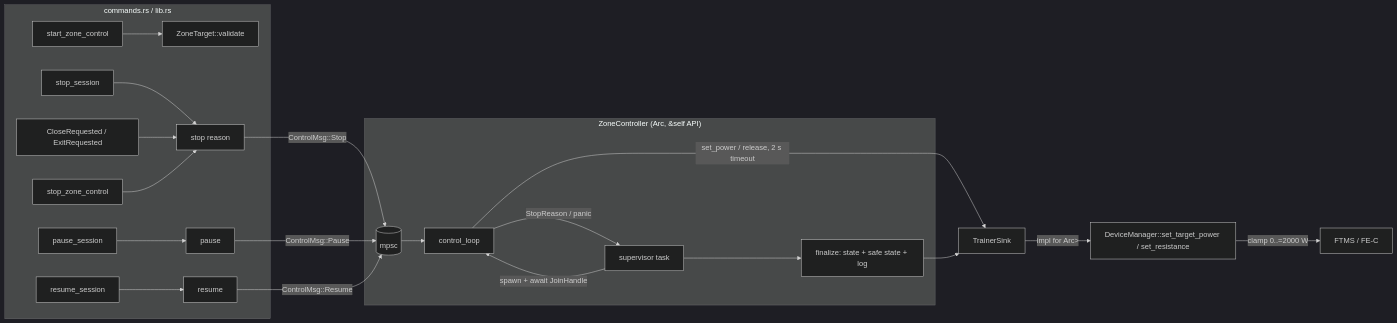
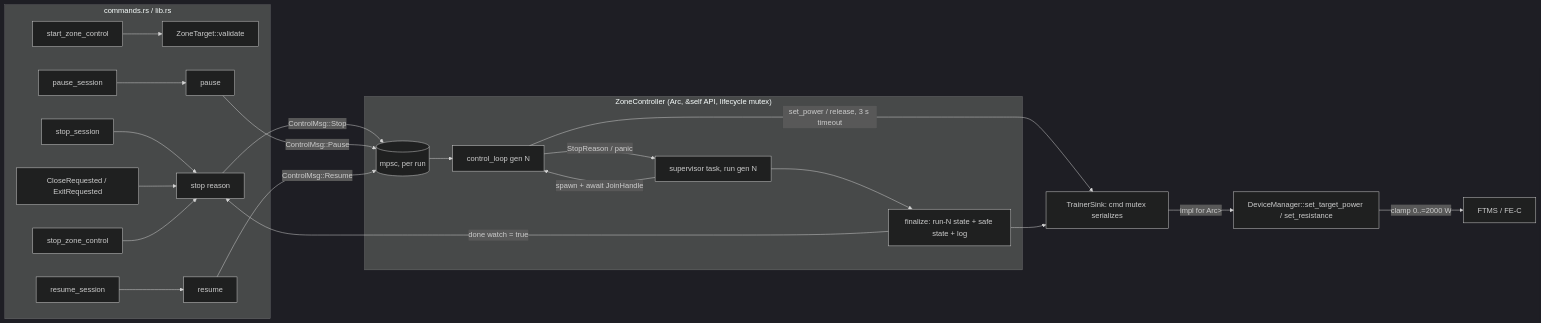
One commit to onemorepereira/training-app changed the diagram in docs/design/zone-control-safety/design.md. Above: the diagram before and after it, drawn with Mermaid (dark theme). The commit also changed other lines of this file, not shown here.

First line of the commit message:
Revise zone control design after review

````diff
--- a/docs/design/zone-control-safety/design.md
+++ b/docs/design/zone-control-safety/design.md
@@ -19,24 +20,25 @@
 ```mermaid
 flowchart LR
   subgraph commands.rs / lib.rs
     SZ[start_zone_control] --> V[ZoneTarget::validate]
     ST[stop_session] --> STOP
     PS[pause_session] --> PAUSE
     RS[resume_session] --> RESUME
     WC[CloseRequested / ExitRequested] --> STOP
     STOPZ[stop_zone_control] --> STOP
   end
-  subgraph ZoneController ["ZoneController (Arc, &self API)"]
-    STOP[stop reason] -->|ControlMsg::Stop| CH[(mpsc)]
+  subgraph ZoneController ["ZoneController (Arc, &self API, lifecycle mutex)"]
+    STOP[stop reason] -->|ControlMsg::Stop| CH[(mpsc, per run)]
     PAUSE[pause] -->|ControlMsg::Pause| CH
     RESUME[resume] -->|ControlMsg::Resume| CH
-    SUP[supervisor task] -->|spawn + await JoinHandle| LOOP[control_loop]
+    SUP[supervisor task, run gen N] -->|spawn + await JoinHandle| LOOP[control_loop gen N]
     CH --> LOOP
     LOOP -->|StopReason / panic| SUP
-    SUP --> FIN[finalize: state + safe state + log]
+    SUP --> FIN[finalize: run-N state + safe state + log]
+    FIN -->|done watch = true| STOP
   end
-  LOOP -->|set_power / release, 2 s timeout| SINK[TrainerSink]
+  LOOP -->|set_power / release, 3 s timeout| SINK[TrainerSink: cmd mutex serializes]
   FIN --> SINK
   SINK -->|impl for Arc<Mutex<DeviceManager>>| DM[DeviceManager::set_target_power / set_resistance]
   DM -->|clamp 0..=2000 W| TR[FTMS / FE-C]
 ```
````
